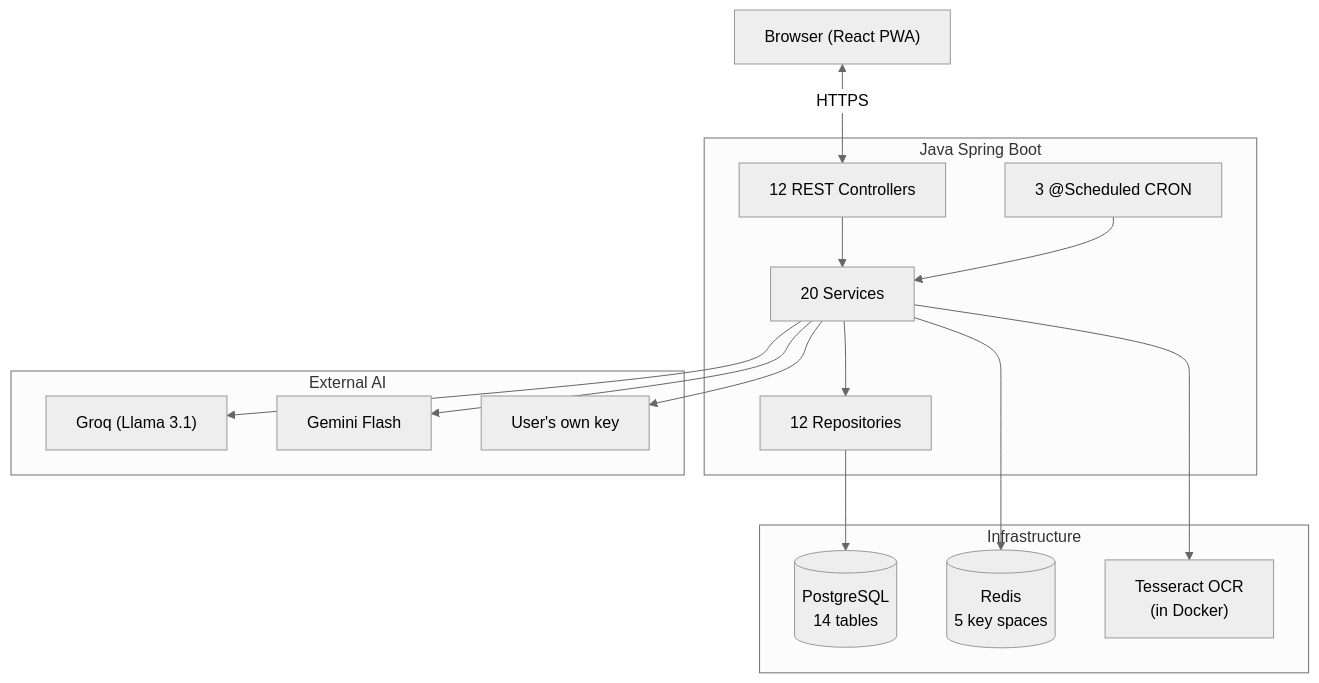
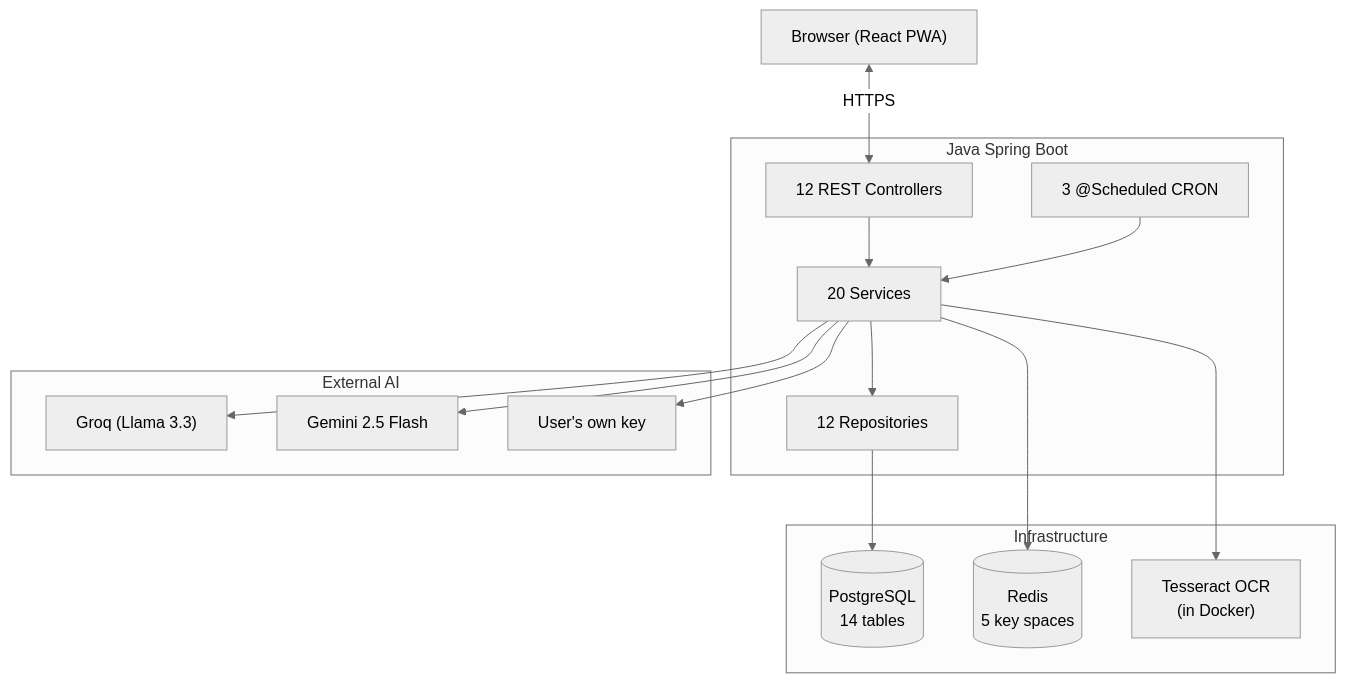
One commit to botmaksim/lingua-optima changed the second of 5 diagrams in docs/README.md. Above: the diagram before and after it, drawn with Mermaid (neutral theme). The commit also changed other lines of this file and 24 other files, not shown here.

````diff
--- a/docs/README.md
+++ b/docs/README.md
@@ -113,34 +113,34 @@
 ```mermaid
 flowchart TD
     Client["Browser (React PWA)"]
     
     subgraph Backend ["Java Spring Boot"]
         Controllers["12 REST Controllers"]
         Services["20 Services"]
         Repos["12 Repositories"]
         Schedulers["3 @Scheduled CRON"]
     end
 
     subgraph External ["External AI"]
-        GROQ["Groq (Llama 3.1)"]
-        GEM["Gemini Flash"]
+        GROQ["Groq (Llama 3.3)"]
+        GEM["Gemini 2.5 Flash"]
         OWN["User's own key"]
     end
 
     subgraph Infra ["Infrastructure"]
         PG[("PostgreSQL\n14 tables")]
         RD[("Redis\n5 key spaces")]
         TESS["Tesseract OCR\n(in Docker)"]
     end
 
     Client <-->|HTTPS| Controllers
     Controllers --> Services
     Services --> Repos
     Repos --> PG
     Services --> RD
     Services --> GROQ
     Services --> GEM
     Services --> OWN
     Services --> TESS
     Schedulers --> Services
 ```
````
